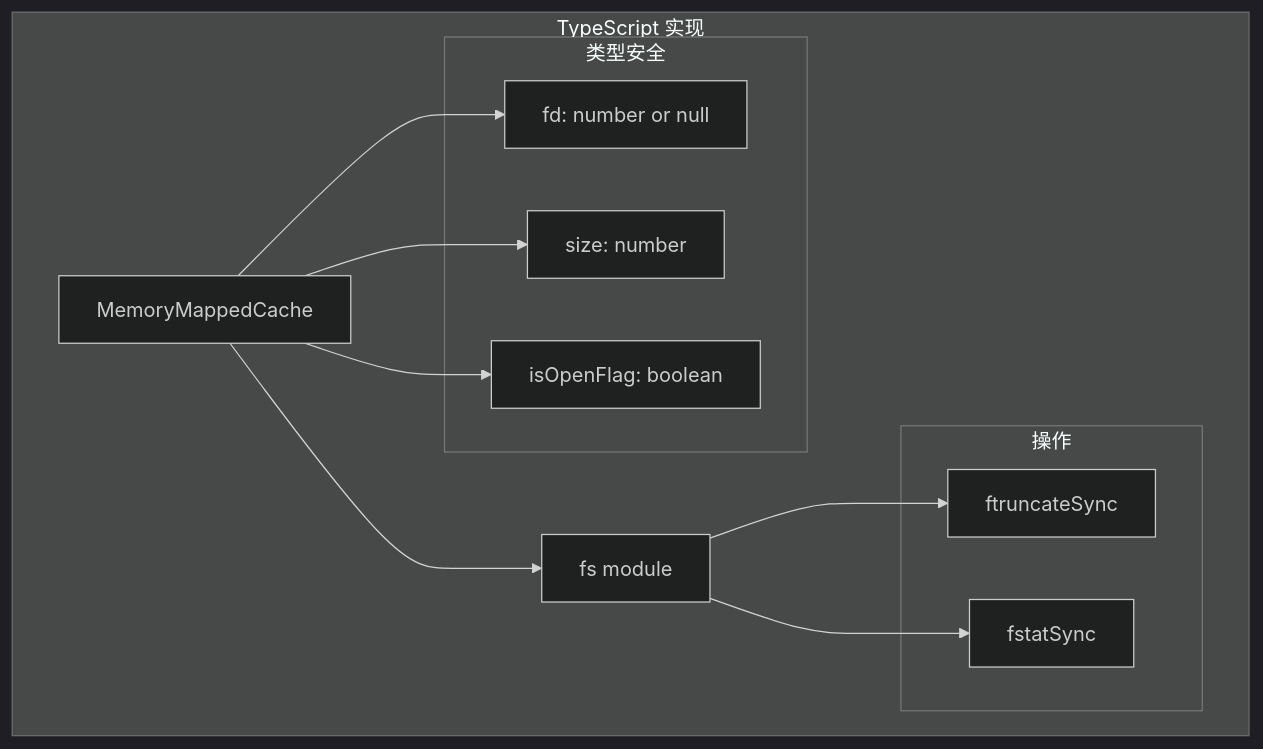
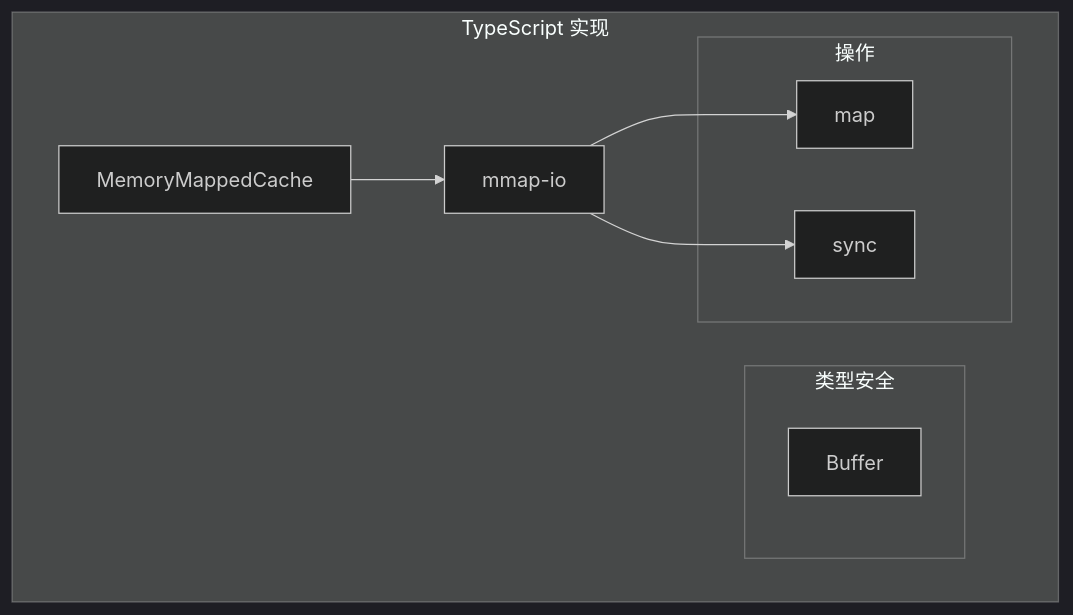
One commit to feuyeux/hello-audio-stream changed diagram 15 of 19 in doc/mmap.md. Above: the diagram before and after it, drawn with Mermaid (dark theme). The commit also changed other lines of this file and 205 other files, not shown here.

````diff
--- a/doc/mmap.md
+++ b/doc/mmap.md
@@ -498,25 +479,20 @@
 ```mermaid
 graph TB
     subgraph "TypeScript 实现"
         MEM[MemoryMappedCache]
-        FS[fs module]
+        LIB[mmap-io]
         
         subgraph "类型安全"
-            FD["fd: number or null"]
-            SIZE[size: number]
-            FLAG[isOpenFlag: boolean]
+            BUF[Buffer]
         end
         
         subgraph "操作"
-            FTRUNC[ftruncateSync]
-            FSTAT[fstatSync]
+            MAP[map]
+            SYNC[sync]
         end
     end
     
-    MEM --> FS
-    MEM --> FD
-    MEM --> SIZE
-    MEM --> FLAG
-    FS --> FTRUNC
-    FS --> FSTAT
+    MEM --> LIB
+    LIB --> MAP
+    LIB --> SYNC
 ```
````
